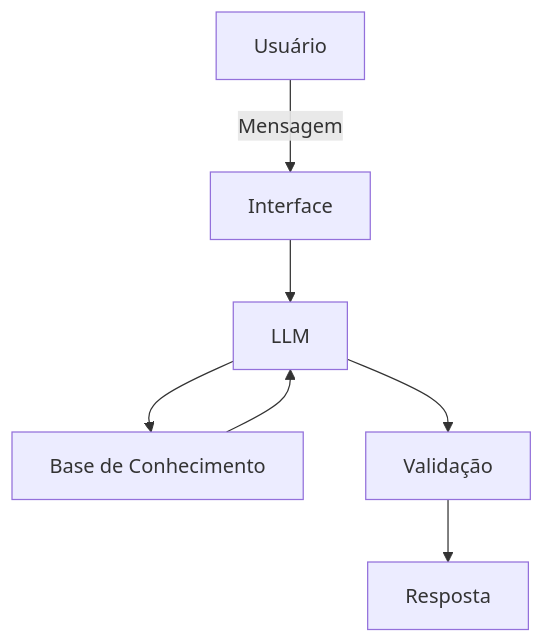
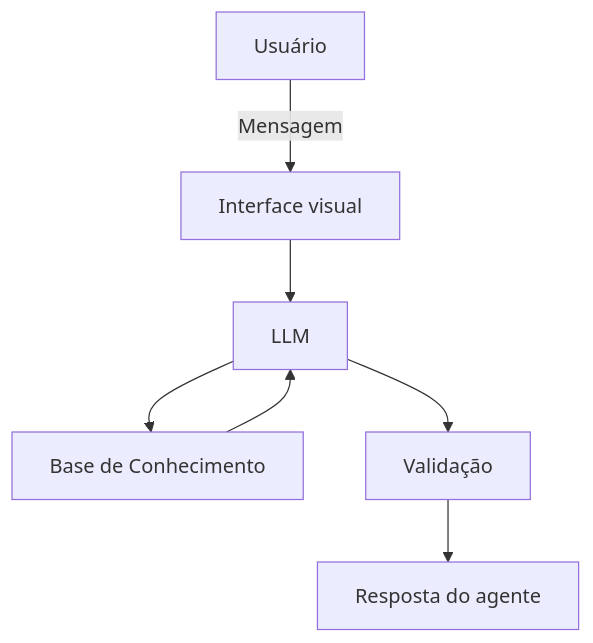
Before and after one commit to TheGabicoding/val_money: the diagram in docs/01-documentacao-agente.md, drawn with Mermaid. The commit also changed other lines of this file and 6 other files, not shown here.

````diff
--- a/docs/01-documentacao-agente.md
+++ b/docs/01-documentacao-agente.md
@@ -48,9 +43,9 @@
 ```mermaid
 flowchart TD
-    A[Usuário] -->|Mensagem| B[Interface]
+    A[Usuário] -->|Mensagem| B[Interface visual]
     B --> C[LLM]
     C --> D[Base de Conhecimento]
     D --> C
     C --> E[Validação]
-    E --> F[Resposta]
+    E --> F[Resposta do agente]
 ```
````
